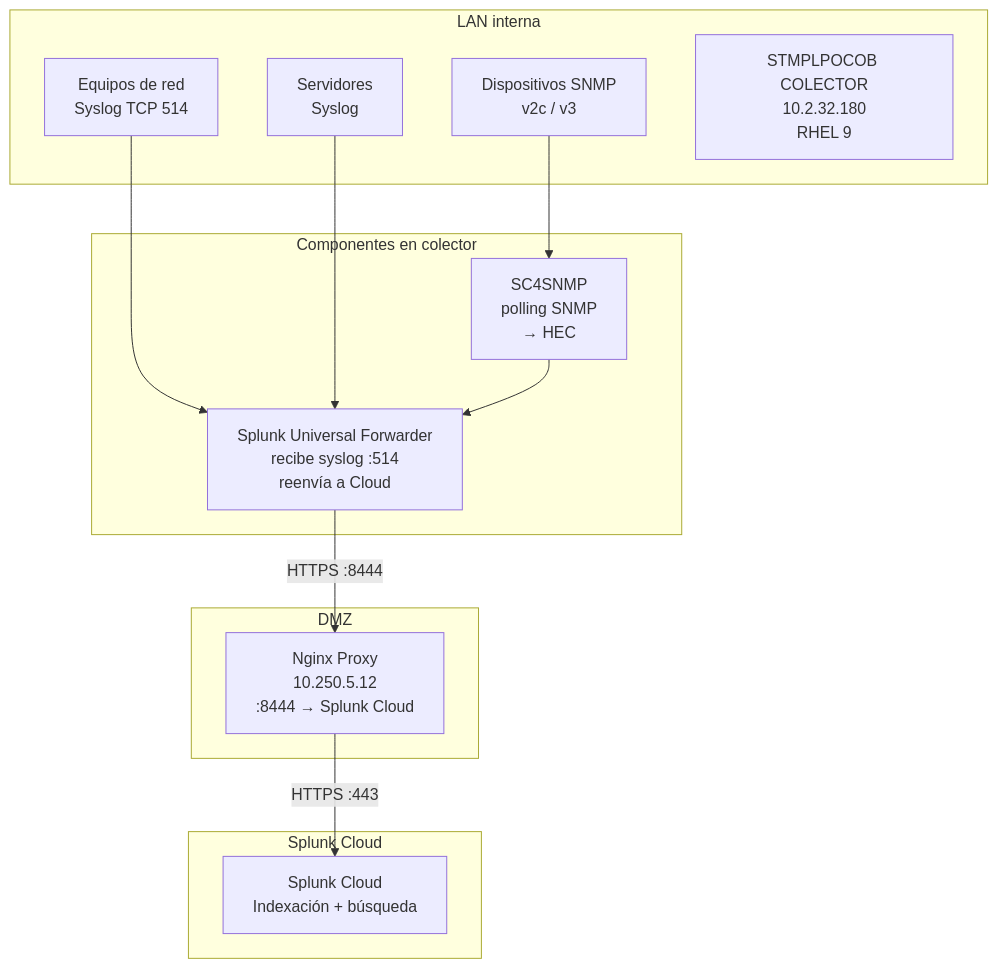
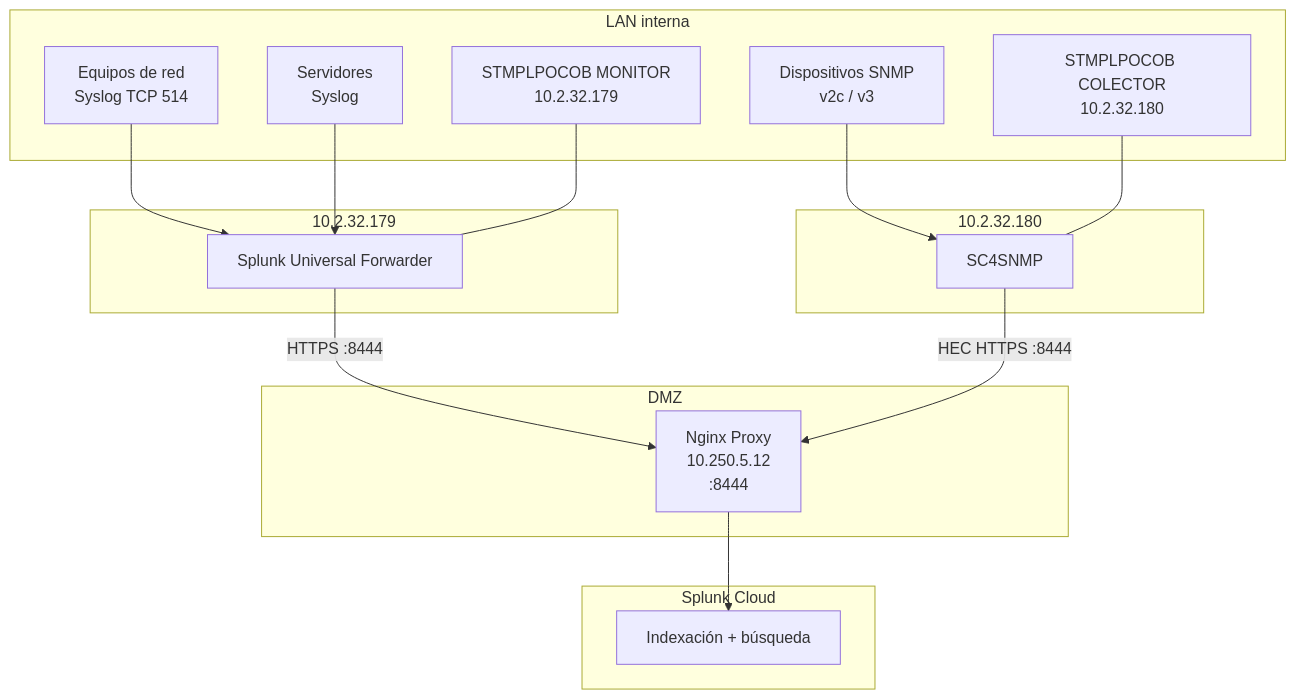
One commit to ulix1808/ICASA_Observability changed the diagram in docs/05-splunk-syslog/arquitectura-splunk-cloud.md. Above: the diagram before and after it, drawn with Mermaid. The commit also changed other lines of this file and 10 other files, not shown here.

First line of the commit message:
Separar servidores LAN: MONITOR .179 y COLECTOR .180.

````diff
--- a/docs/05-splunk-syslog/arquitectura-splunk-cloud.md
+++ b/docs/05-splunk-syslog/arquitectura-splunk-cloud.md
@@ -8,29 +15,35 @@
 ```mermaid
 flowchart TB
     subgraph LAN["LAN interna"]
         DEV1["Equipos de red<br/>Syslog TCP 514"]
         DEV2["Servidores<br/>Syslog"]
         SNMP["Dispositivos SNMP<br/>v2c / v3"]
-        COL["STMPLPOCOB COLECTOR<br/>10.2.32.180<br/>RHEL 9"]
+        MON["STMPLPOCOB MONITOR<br/>10.2.32.179"]
+        COL["STMPLPOCOB COLECTOR<br/>10.2.32.180"]
     end
 
-    subgraph COL_COMP["Componentes en colector"]
-        UF["Splunk Universal Forwarder<br/>recibe syslog :514<br/>reenvía a Cloud"]
-        SC4["SC4SNMP<br/>polling SNMP<br/>→ HEC"]
+    subgraph MON_COMP["10.2.32.179"]
+        UF["Splunk Universal Forwarder"]
+    end
+
+    subgraph COL_COMP["10.2.32.180"]
+        SC4["SC4SNMP"]
     end
 
     subgraph DMZ["DMZ"]
-        PROXY["Nginx Proxy<br/>10.250.5.12<br/>:8444 → Splunk Cloud"]
+        PROXY["Nginx Proxy<br/>10.250.5.12<br/>:8444"]
     end
 
     subgraph CLOUD["Splunk Cloud"]
-        SC["Splunk Cloud<br/>Indexación + búsqueda"]
+        SC["Indexación + búsqueda"]
     end
 
     DEV1 --> UF
     DEV2 --> UF
     SNMP --> SC4
-    SC4 --> UF
+    MON --- UF
+    COL --- SC4
     UF -->|"HTTPS :8444"| PROXY
-    PROXY -->|"HTTPS :443"| SC
+    SC4 -->|"HEC HTTPS :8444"| PROXY
+    PROXY --> SC
 ```
````
